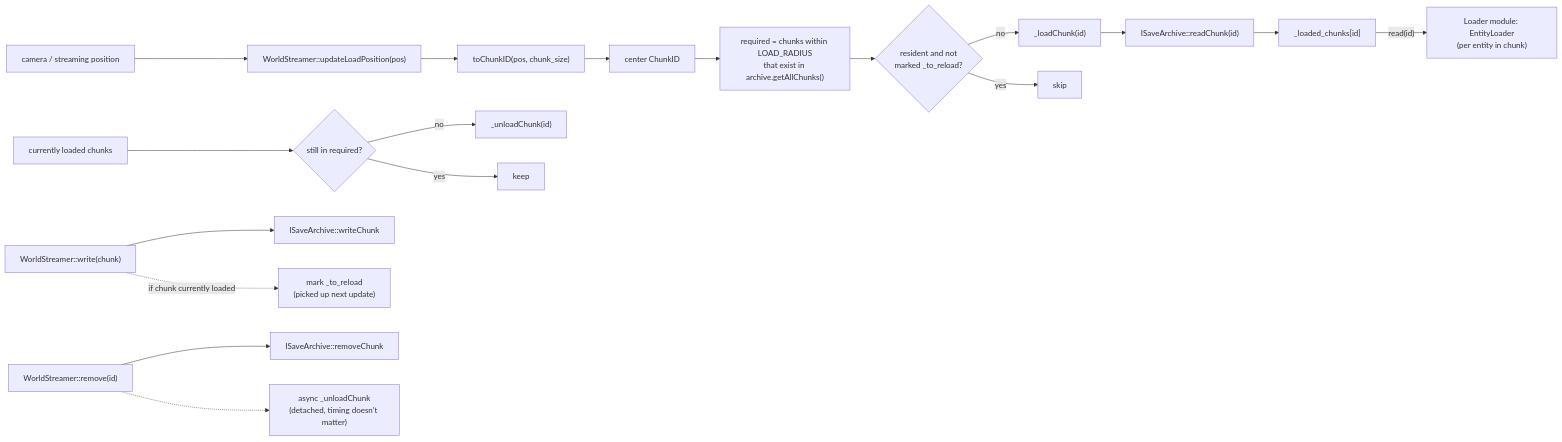
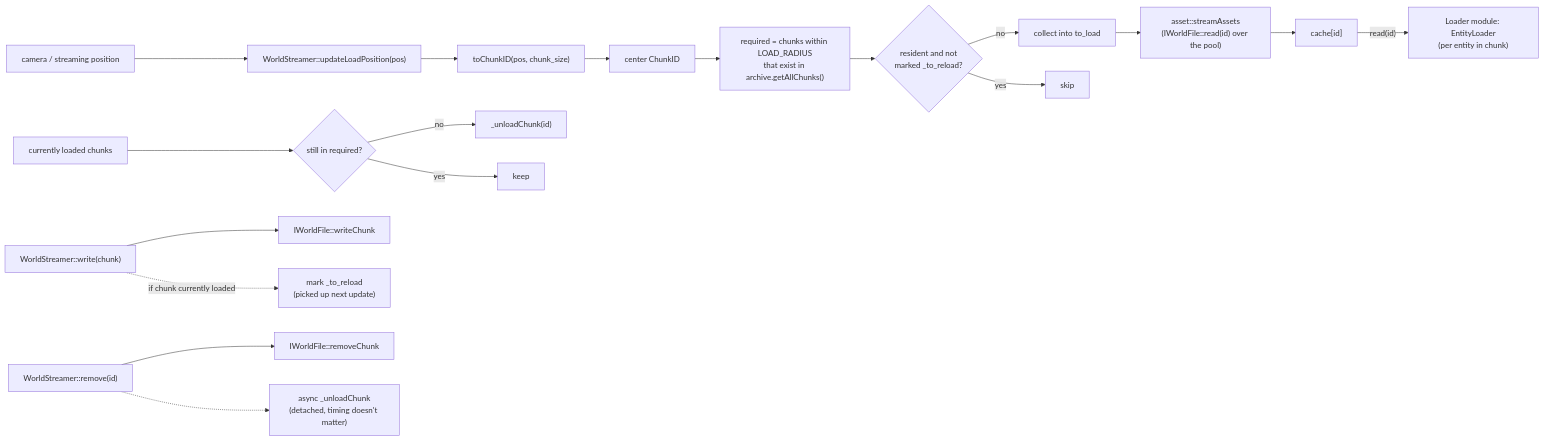
The first of 2 diagrams in engine/modules/File/README.md (MisterSawyer/astre), drawn with Mermaid before and after one commit. The commit also changed other lines of this file and 72 other files, not shown here.

````diff
--- a/engine/modules/File/README.md
+++ b/engine/modules/File/README.md
@@ -54,27 +60,27 @@
 ```mermaid
 flowchart LR
     Pos["camera / streaming position"] --> Update["WorldStreamer::updateLoadPosition(pos)"]
 
     Update --> ToChunk["toChunkID(pos, chunk_size)"]
     ToChunk --> Center["center ChunkID"]
     Center --> Required["required = chunks within LOAD_RADIUS\nthat exist in archive.getAllChunks()"]
 
     Required --> LoadCheck{"resident and not\nmarked _to_reload?"}
-    LoadCheck -- no --> LoadChunk["_loadChunk(id)"]
+    LoadCheck -- no --> LoadChunk["collect into to_load"]
     LoadCheck -- yes --> Skip1["skip"]
 
     Resident["currently loaded chunks"] --> UnloadCheck{"still in required?"}
     UnloadCheck -- no --> UnloadChunk["_unloadChunk(id)"]
     UnloadCheck -- yes --> Skip2["keep"]
 
-    LoadChunk --> Archive["ISaveArchive::readChunk(id)"]
-    Archive --> Loaded["_loaded_chunks[id]"]
+    LoadChunk --> Archive["asset::streamAssets\n(IWorldFile::read(id) over the pool)"]
+    Archive --> Loaded["cache[id]"]
 
     Loaded -->|"read(id)"| Consumer["Loader module: EntityLoader\n(per entity in chunk)"]
 
-    Write["WorldStreamer::write(chunk)"] --> Archive2["ISaveArchive::writeChunk"]
+    Write["WorldStreamer::write(chunk)"] --> Archive2["IWorldFile::writeChunk"]
     Write -.->|"if chunk currently loaded"| Reload["mark _to_reload\n(picked up next update)"]
 
-    Remove["WorldStreamer::remove(id)"] --> Archive3["ISaveArchive::removeChunk"]
+    Remove["WorldStreamer::remove(id)"] --> Archive3["IWorldFile::removeChunk"]
     Remove -.-> UnloadAsync["async _unloadChunk\n(detached, timing doesn't matter)"]
 ```
````
